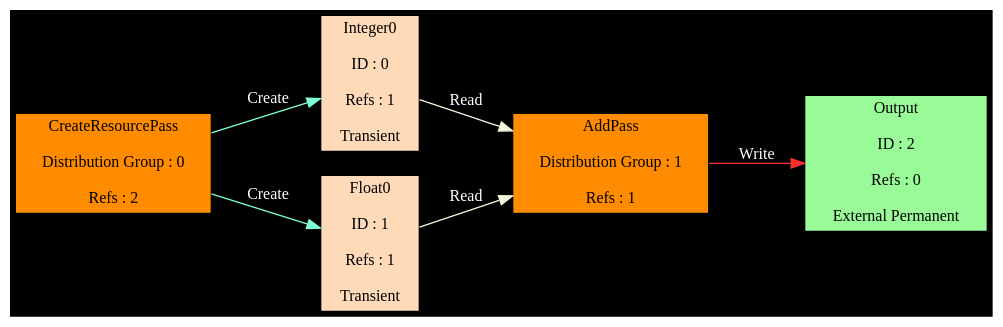
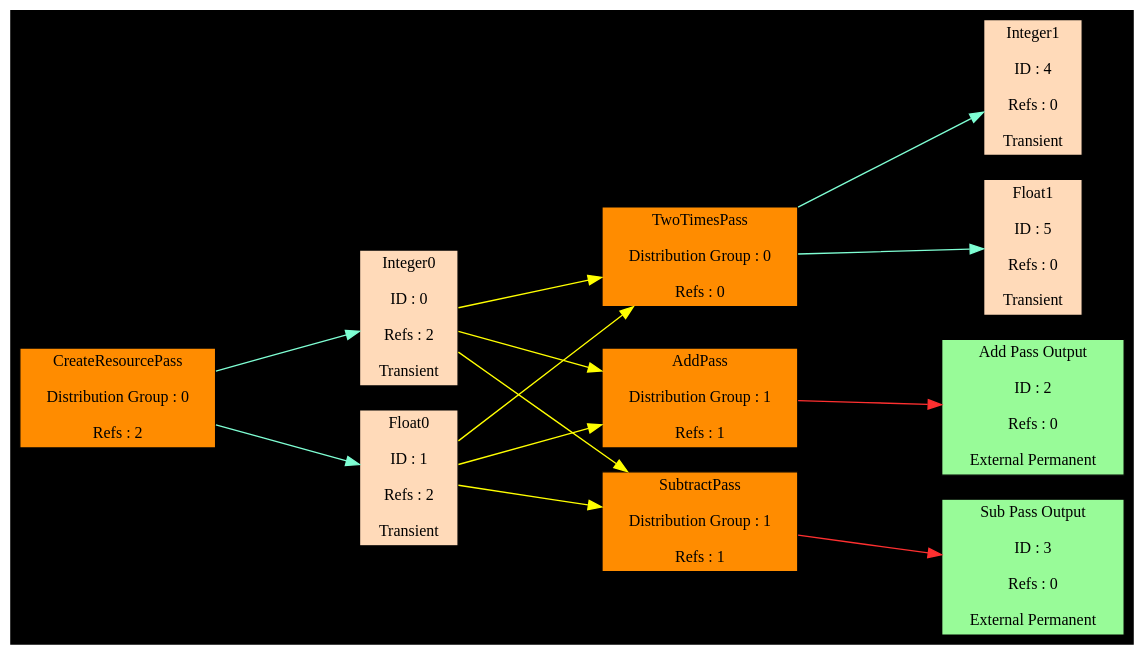
The diagram in Projects/FrameGraph.dot (SeolYang/Elaina), drawn with Graphviz before and after one commit. The commit also changed 2 other files, not shown here.

Commit message:
지정된 DistributionGroup을 가진 렌더패스만을 실행시킬 수 있는 메서드인 FrameGraph::ExecuteDistributionGruop을 추가하였습니다

```diff
--- a/Projects/FrameGraph.dot
+++ b/Projects/FrameGraph.dot
@@ -1,34 +1,61 @@
 digraph FrameGraph 
 {
+splines=false
+graph [pad="0.1", nodestep="0.6", ranksep="1.5"]
 rankdir = LR
 bgcolor = black
 node [shape=rectangle, fontname="nanumgothic bold", fontsize=12, fontcolor=black]
 edge [fontname="nanumgothic bold", fontsize=12, fontcolor=white]
 "CreateResourcePass" [label="CreateResourcePass
 \nDistribution Group : 0
 \nRefs : 2", style=filled, fillcolor=darkorange]
+"TwoTimesPass" [label="TwoTimesPass
+\nDistribution Group : 0
+\nRefs : 0", style=filled, fillcolor=darkorange]
 "AddPass" [label="AddPass
+\nDistribution Group : 1
+\nRefs : 1", style=filled, fillcolor=darkorange]
+"SubtractPass" [label="SubtractPass
 \nDistribution Group : 1
 \nRefs : 1", style=filled, fillcolor=darkorange]
 
 "Integer0" [label="Integer0
 \nID : 0
-\nRefs : 1
+\nRefs : 2
 \nTransient", style=filled, fillcolor=peachpuff]
 "Float0" [label="Float0
 \nID : 1
-\nRefs : 1
+\nRefs : 2
 \nTransient", style=filled, fillcolor=peachpuff]
-"Output" [label="Output
+"Add Pass Output" [label="Add Pass Output
 \nID : 2
 \nRefs : 0
 \nExternal Permanent", style=filled, fillcolor=palegreen]
-"CreateResourcePass" -> { "Integer0" "Float0" } [color=aquamarine, label="  Create"]
-"CreateResourcePass" -> { } [color=firebrick1, label=" Write"]
-"AddPass" -> { } [color=aquamarine, label="  Create"]
-"AddPass" -> { "Output" } [color=firebrick1, label=" Write"]
+"Sub Pass Output" [label="Sub Pass Output
+\nID : 3
+\nRefs : 0
+\nExternal Permanent", style=filled, fillcolor=palegreen]
+"Integer1" [label="Integer1
+\nID : 4
+\nRefs : 0
+\nTransient", style=filled, fillcolor=peachpuff]
+"Float1" [label="Float1
+\nID : 5
+\nRefs : 0
+\nTransient", style=filled, fillcolor=peachpuff]
+"CreateResourcePass" -> { "Integer0" "Float0" } [color=aquamarine]
+"CreateResourcePass" -> { } [color=firebrick1]
+"TwoTimesPass" -> { "Integer1" "Float1" } [color=aquamarine]
+"TwoTimesPass" -> { } [color=firebrick1]
+"AddPass" -> { } [color=aquamarine]
+"AddPass" -> { "Add Pass Output" } [color=firebrick1]
+"SubtractPass" -> { } [color=aquamarine]
+"SubtractPass" -> { "Sub Pass Output" } [color=firebrick1]
 
-"Integer0" -> { "AddPass" } [color=beige, label=" Read"]
-"Float0" -> { "AddPass" } [color=beige, label=" Read"]
-"Output" -> { } [color=beige, label=" Read"]
+"Integer0" -> { "AddPass" "SubtractPass" "TwoTimesPass" } [color=yellow]
+"Float0" -> { "AddPass" "SubtractPass" "TwoTimesPass" } [color=yellow]
+"Add Pass Output" -> { } [color=yellow]
+"Sub Pass Output" -> { } [color=yellow]
+"Integer1" -> { } [color=yellow]
+"Float1" -> { } [color=yellow]
 }
```
